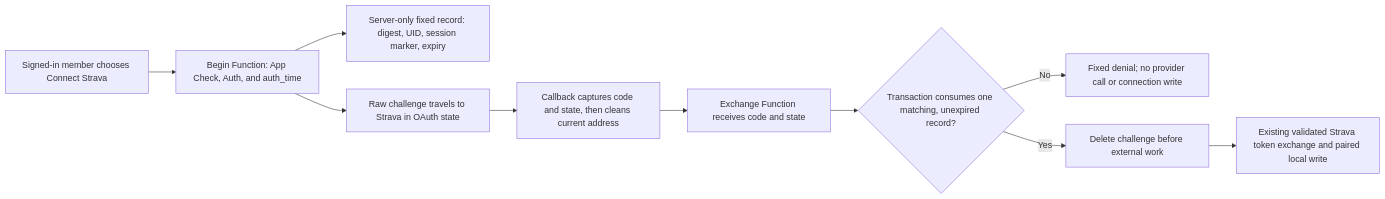
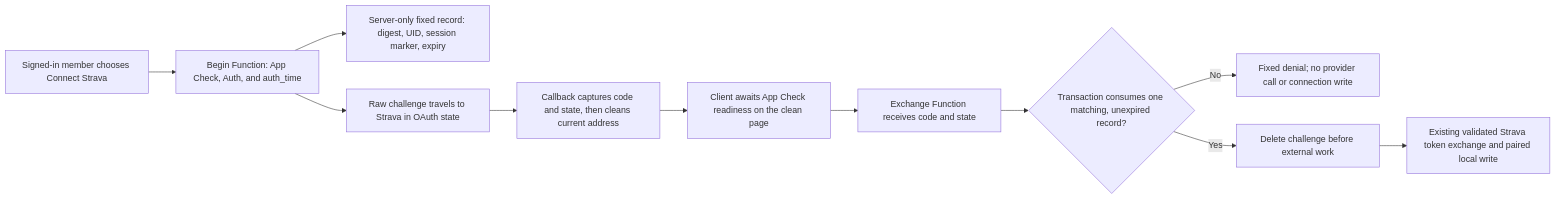
Before and after one commit to Run-MPRC/Run-MPRC.github.io: the sixth of 47 diagrams in SYSTEM_DESIGN.md, drawn with Mermaid. The commit also changed other lines of this file and 7 other files, not shown here.

Commit message:
fix: prepare App Check after Strava callback cleanup

````diff
--- a/SYSTEM_DESIGN.md
+++ b/SYSTEM_DESIGN.md
@@ -157,12 +182,13 @@
 ```mermaid
 flowchart LR
     Start["Signed-in member chooses Connect Strava"] --> Begin["Begin Function: App Check, Auth, and auth_time"]
     Begin --> Record["Server-only fixed record: digest, UID, session marker, expiry"]
     Begin --> Provider["Raw challenge travels to Strava in OAuth state"]
     Provider --> Callback["Callback captures code and state, then cleans current address"]
-    Callback --> Exchange["Exchange Function receives code and state"]
+    Callback --> Ready["Client awaits App Check readiness on the clean page"]
+    Ready --> Exchange["Exchange Function receives code and state"]
     Exchange --> Consume{"Transaction consumes one matching, unexpired record?"}
     Consume -- "No" --> Stop["Fixed denial; no provider call or connection write"]
     Consume -- "Yes" --> Delete["Delete challenge before external work"]
     Delete --> Token["Existing validated Strava token exchange and paired local write"]
 ```
````
